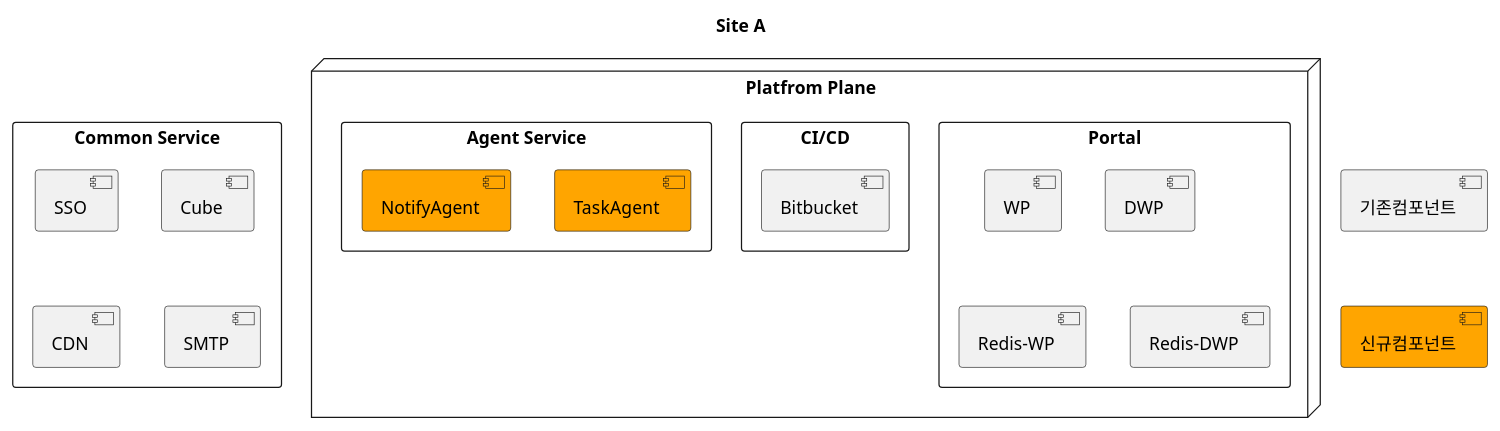
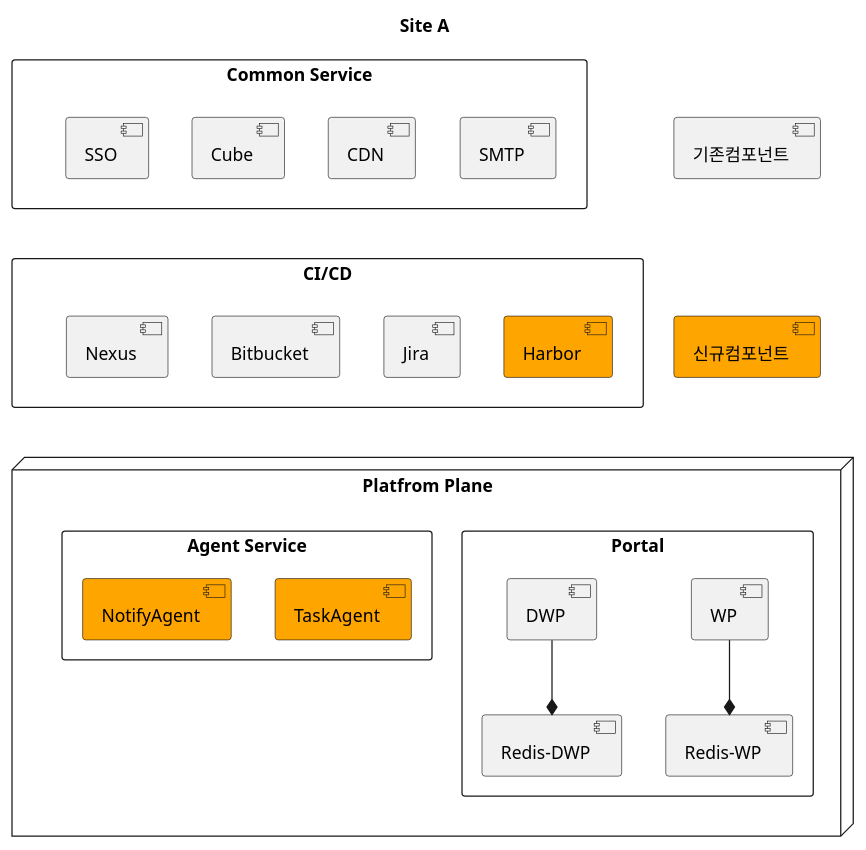
Before and after one commit to kloudbank/htdp1.github.io: the first of 10 diagrams in docs/src/multi-cloud/diagram.md, drawn with PlantUML. The commit also changed other lines of this file, not shown here.

Commit message:
modify diagram

```diff
--- a/docs/src/multi-cloud/diagram.md
+++ b/docs/src/multi-cloud/diagram.md
@@ -6,30 +15,43 @@
 @startuml
 
 title "Site A"
 
 [기존컴포넌트] as old
 [신규컴포넌트] as new #orange
 old -[hidden]d-> new
 
 rectangle "Common Service" as a_comm {
     [SSO] as a_comm_sso
     [Cube] as a_comm_cube
     [CDN] as a_comm_cnd
     [SMTP] as a_comm_smtp
+    a_comm_sso -[hidden]r- a_comm_cube
+    a_comm_cube -[hidden]r- a_comm_cnd
+    a_comm_cnd -[hidden]r- a_comm_smtp
+}
+rectangle "CI/CD" as hcp_cicd {
+    [Nexus] as hcp_cicd_nexus
+    [Bitbucket] as hcp_cicd_bitbucket
+    [Jira] as hcp_cicd_jira
+    [Harbor] as hcp_cicd_harbor #orange
+    hcp_cicd_bitbucket -[hidden]r- hcp_cicd_harbor
+    hcp_cicd_bitbucket -[hidden]r- hcp_cicd_jira
 }
 node "Platfrom Plane" as hcp {
     rectangle "Portal" as hcp_portal {
         [WP] as hcp_portal_wp
         [DWP] as hcp_portal_dwp
         [Redis-WP] as hcp_portal_rediswp
         [Redis-DWP] as hcp_portal_redisdwp
-    }
-    rectangle "CI/CD" as hcp_cicd {
-        [Bitbucket] as hcp_cicd_bitbucket
+        hcp_portal_wp -d-* hcp_portal_rediswp
+        hcp_portal_dwp -d-* hcp_portal_redisdwp
     }
     rectangle "Agent Service" as hcp_agent {
         [TaskAgent] as hcp_agent_taskagent #orange
         [NotifyAgent] as hcp_agent_notifyagent #orange
     }
 }
+a_comm -[hidden]d- hcp_cicd
+hcp_cicd -[hidden]d- hcp
+
 @enduml
```
